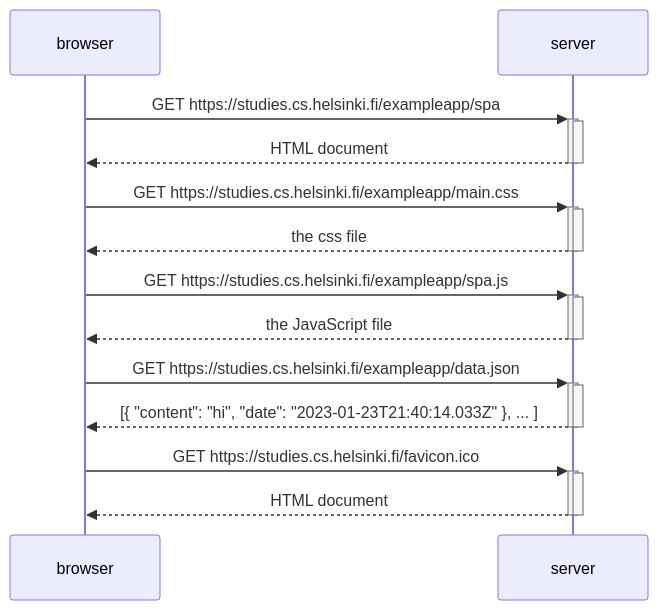
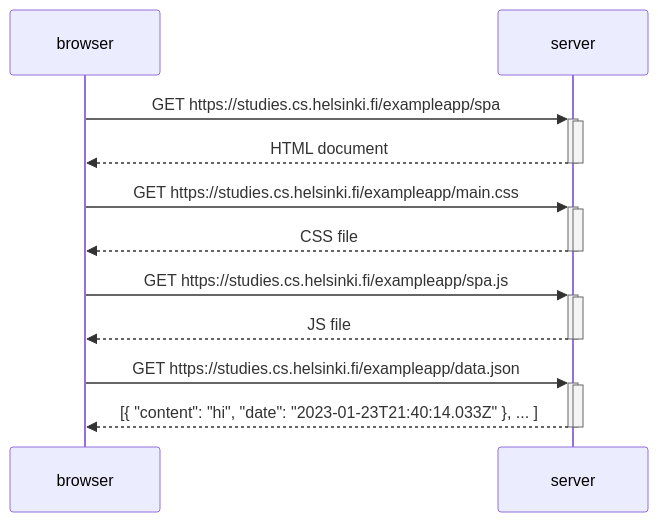
Before and after one commit to strasmus1/fullstack-open-part0: the diagram in exercise-0.5.md, drawn with Mermaid.

````diff
--- a/exercise-0.5.md
+++ b/exercise-0.5.md
@@ -1,27 +1,22 @@
 ```mermaid
   sequenceDiagram
     browser->>+server: GET https://studies.cs.helsinki.fi/exampleapp/spa
     activate server
     server-->>-browser: HTML document
     deactivate server
     
     browser->>+server: GET https://studies.cs.helsinki.fi/exampleapp/main.css
     activate server
-    server-->>-browser: the css file
+    server-->>-browser: CSS file
     deactivate server
     
     browser->>+server: GET https://studies.cs.helsinki.fi/exampleapp/spa.js
     activate server
-    server-->>-browser: the JavaScript file
+    server-->>-browser: JS file
     deactivate server
     
     browser->>+server: GET https://studies.cs.helsinki.fi/exampleapp/data.json
     activate server
     server-->>-browser: [{ "content": "hi", "date": "2023-01-23T21:40:14.033Z" }, ... ]
     deactivate server
-    
-    browser->>+server: GET https://studies.cs.helsinki.fi/favicon.ico
-    activate server
-    server-->>-browser: HTML document
-    deactivate server
  ```
````
